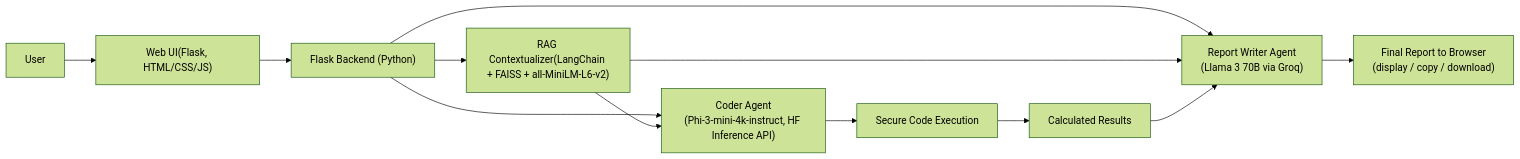
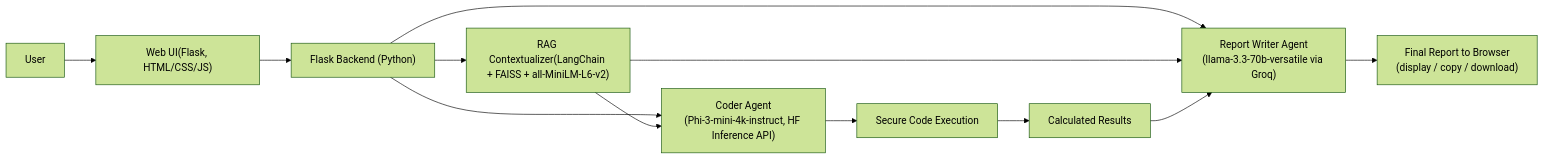
Before and after one commit to Barghav777/AI-Lab-Report-Agent: the diagram in Agent_Architecture.md, drawn with Mermaid (forest theme). The commit also changed other lines of this file, not shown here.

````diff
--- a/Agent_Architecture.md
+++ b/Agent_Architecture.md
@@ -10,14 +10,14 @@
 ```mermaid
 flowchart LR
     U[User] --> UI["Web UI(Flask, HTML/CSS/JS)"]
     UI --> B["Flask Backend (Python)"]
     B --> RAG["RAG Contextualizer(LangChain + FAISS + all-MiniLM-L6-v2)"]
     B --> C["Coder Agent\n(Phi-3-mini-4k-instruct, HF Inference API)"]
     RAG --> C
     C --> EXE["Secure Code Execution"]
     EXE --> RES["Calculated Results"]
-    B --> W["Report Writer Agent\n(Llama 3 70B via Groq)"]
+    B --> W["Report Writer Agent\n(llama-3.3-70b-versatile via Groq)"]
     RAG --> W
     RES --> W
     W --> OUT["Final Report to Browser\n(display / copy / download)"]
 ```
````
